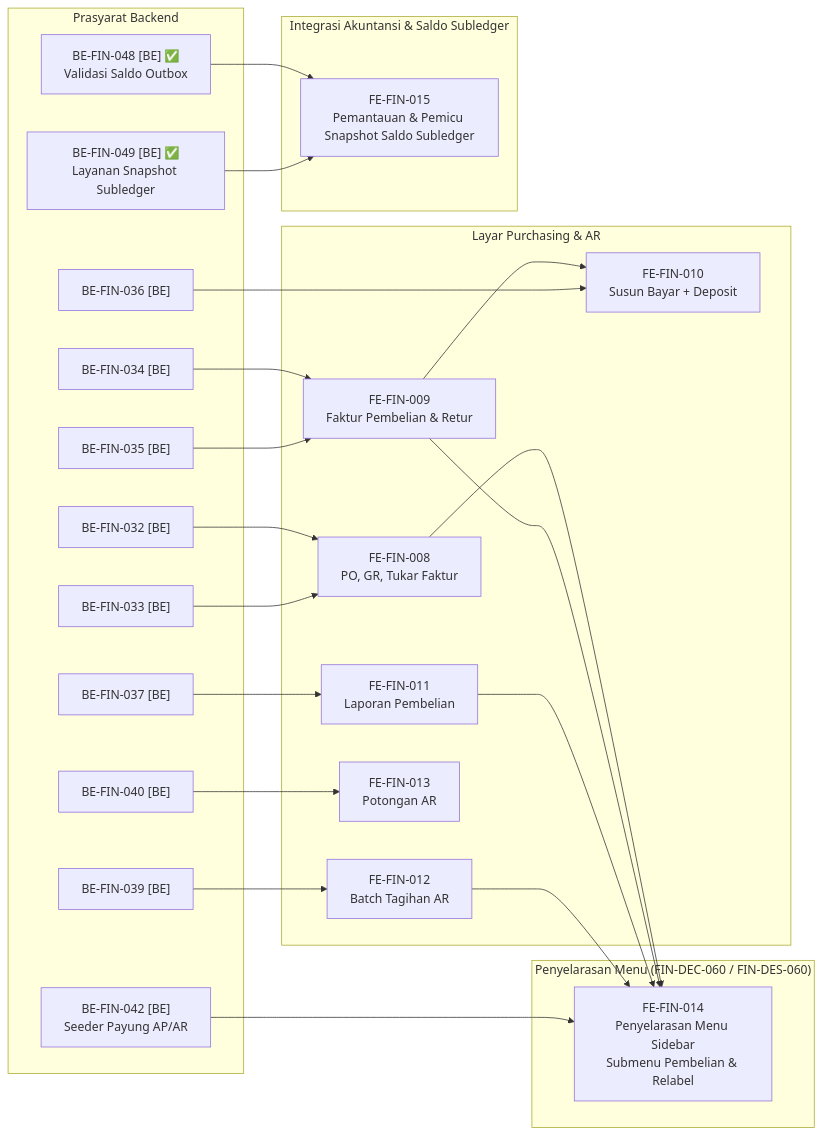
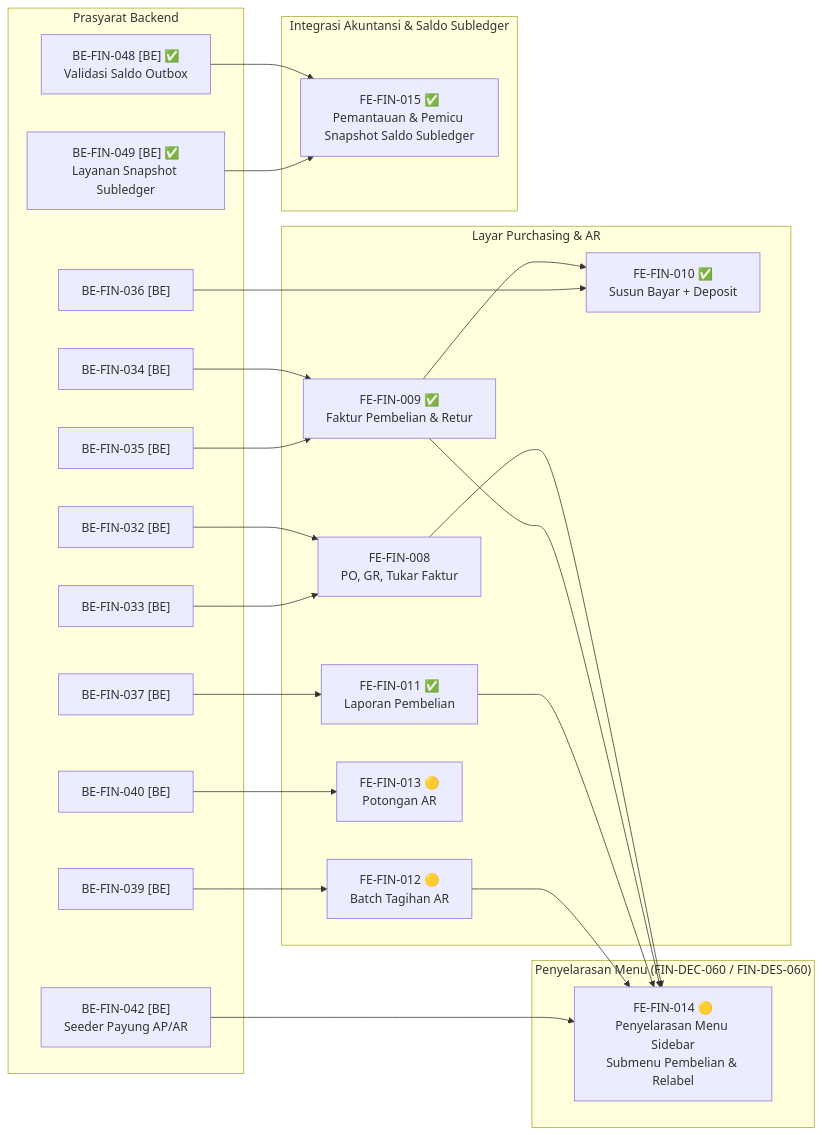
Before and after one commit to DevBenari/NewQuilvianSystemBackend: the diagram in docs/module-blueprints/finance-management/roadmap/02-frontend-roadmap.md, drawn with Mermaid. The commit also changed other lines of this file and 30 other files, not shown here.

````diff
--- a/docs/module-blueprints/finance-management/roadmap/02-frontend-roadmap.md
+++ b/docs/module-blueprints/finance-management/roadmap/02-frontend-roadmap.md
@@ -197,52 +197,52 @@
 ```mermaid
 graph LR
   subgraph "Prasyarat Backend"
     BE_FIN_042["BE-FIN-042 [BE]<br/>Seeder Payung AP/AR"]
     BE_FIN_032["BE-FIN-032 [BE]"]
     BE_FIN_033["BE-FIN-033 [BE]"]
     BE_FIN_034["BE-FIN-034 [BE]"]
     BE_FIN_035["BE-FIN-035 [BE]"]
     BE_FIN_036["BE-FIN-036 [BE]"]
     BE_FIN_037["BE-FIN-037 [BE]"]
     BE_FIN_039["BE-FIN-039 [BE]"]
     BE_FIN_040["BE-FIN-040 [BE]"]
     BE_FIN_048["BE-FIN-048 [BE] ✅<br/>Validasi Saldo Outbox"]
     BE_FIN_049["BE-FIN-049 [BE] ✅<br/>Layanan Snapshot Subledger"]
   end
 
   subgraph "Layar Purchasing & AR"
     FE_FIN_008["FE-FIN-008<br/>PO, GR, Tukar Faktur"]
-    FE_FIN_009["FE-FIN-009<br/>Faktur Pembelian & Retur"]
-    FE_FIN_010["FE-FIN-010<br/>Susun Bayar + Deposit"]
-    FE_FIN_011["FE-FIN-011<br/>Laporan Pembelian"]
-    FE_FIN_012["FE-FIN-012<br/>Batch Tagihan AR"]
-    FE_FIN_013["FE-FIN-013<br/>Potongan AR"]
+    FE_FIN_009["FE-FIN-009 ✅<br/>Faktur Pembelian & Retur"]
+    FE_FIN_010["FE-FIN-010 ✅<br/>Susun Bayar + Deposit"]
+    FE_FIN_011["FE-FIN-011 ✅<br/>Laporan Pembelian"]
+    FE_FIN_012["FE-FIN-012 🟡<br/>Batch Tagihan AR"]
+    FE_FIN_013["FE-FIN-013 🟡<br/>Potongan AR"]
   end
 
   subgraph "Integrasi Akuntansi & Saldo Subledger"
-    FE_FIN_015["FE-FIN-015<br/>Pemantauan & Pemicu Snapshot Saldo Subledger"]
+    FE_FIN_015["FE-FIN-015 ✅<br/>Pemantauan & Pemicu Snapshot Saldo Subledger"]
   end
 
   subgraph "Penyelarasan Menu (FIN-DEC-060 / FIN-DES-060)"
-    FE_FIN_014["FE-FIN-014<br/>Penyelarasan Menu Sidebar<br/>Submenu Pembelian & Relabel"]
+    FE_FIN_014["FE-FIN-014 🟡<br/>Penyelarasan Menu Sidebar<br/>Submenu Pembelian & Relabel"]
   end
 
   BE_FIN_032 --> FE_FIN_008
   BE_FIN_033 --> FE_FIN_008
   BE_FIN_034 --> FE_FIN_009
   BE_FIN_035 --> FE_FIN_009
   FE_FIN_009 --> FE_FIN_010
   BE_FIN_036 --> FE_FIN_010
   BE_FIN_037 --> FE_FIN_011
   BE_FIN_039 --> FE_FIN_012
   BE_FIN_040 --> FE_FIN_013
 
   BE_FIN_048 --> FE_FIN_015
   BE_FIN_049 --> FE_FIN_015
 
   BE_FIN_042 --> FE_FIN_014
   FE_FIN_008 --> FE_FIN_014
   FE_FIN_009 --> FE_FIN_014
   FE_FIN_011 --> FE_FIN_014
   FE_FIN_012 --> FE_FIN_014
 ```
````
